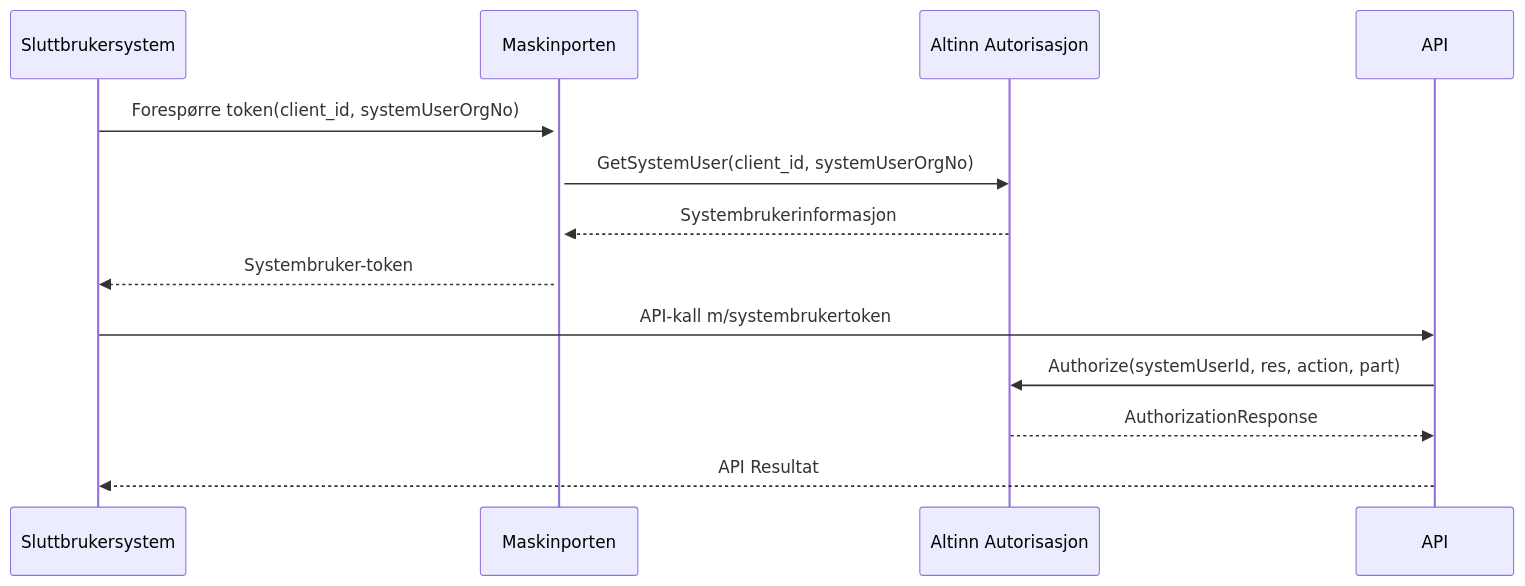
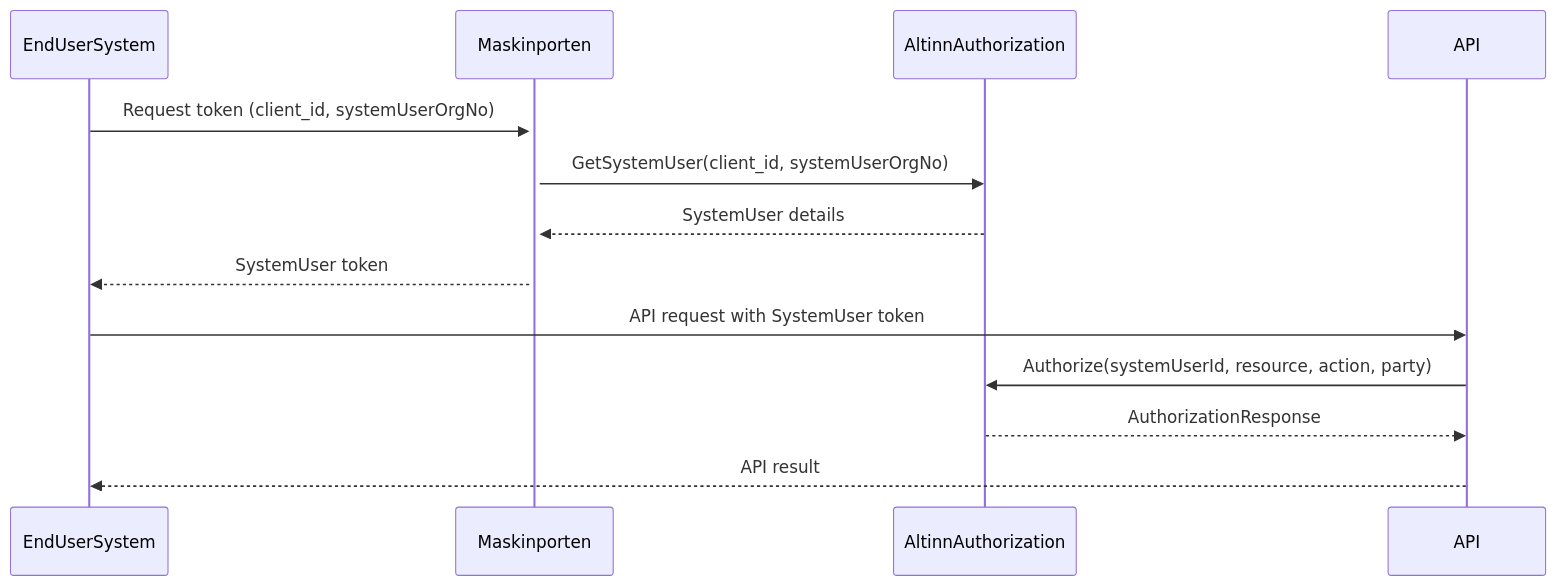
Before and after one commit to Altinn/altinn-studio-docs: the diagram in content/authorization/guides/system-vendor/system-user/usetoken/_index.en.md, drawn with Mermaid. The commit also changed other lines of this file and 1 other file, not shown here.

```diff
--- a/content/authorization/guides/system-vendor/system-user/usetoken/_index.en.md
+++ b/content/authorization/guides/system-vendor/system-user/usetoken/_index.en.md
@@ -15,11 +12,11 @@
 {{<mermaid>}}
 sequenceDiagram
-Sluttbrukersystem->>+Maskinporten: Forespørre token(client_id, systemUserOrgNo)
-Maskinporten->>Altinn Autorisasjon: GetSystemUser(client_id, systemUserOrgNo)
-Altinn Autorisasjon-->>Maskinporten: Systembrukerinformasjon
-Maskinporten-->>Sluttbrukersystem: Systembruker-token
-Sluttbrukersystem->>API: API-kall m/systembrukertoken
-API->>Altinn Autorisasjon: Authorize(systemUserId, res, action, part)
-Altinn Autorisasjon-->>API: AuthorizationResponse
-API-->>Sluttbrukersystem: API Resultat
+EndUserSystem->>+Maskinporten: Request token (client_id, systemUserOrgNo)
+Maskinporten->>AltinnAuthorization: GetSystemUser(client_id, systemUserOrgNo)
+AltinnAuthorization-->>Maskinporten: SystemUser details
+Maskinporten-->>EndUserSystem: SystemUser token
+EndUserSystem->>API: API request with SystemUser token
+API->>AltinnAuthorization: Authorize(systemUserId, resource, action, party)
+AltinnAuthorization-->>API: AuthorizationResponse
+API-->>EndUserSystem: API result
 {{< /mermaid >}}
```
